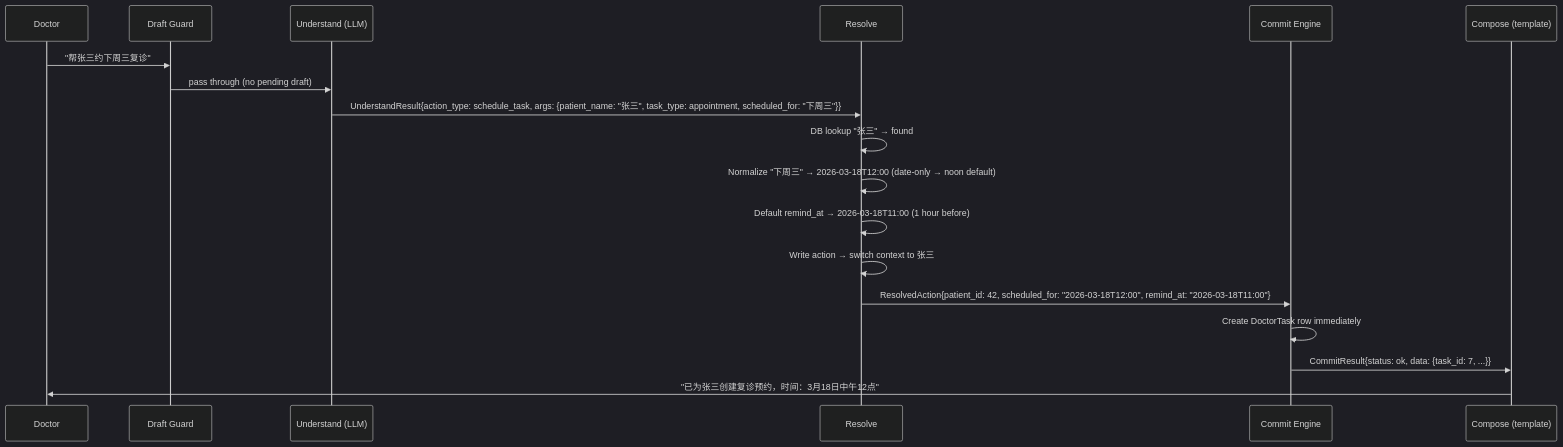
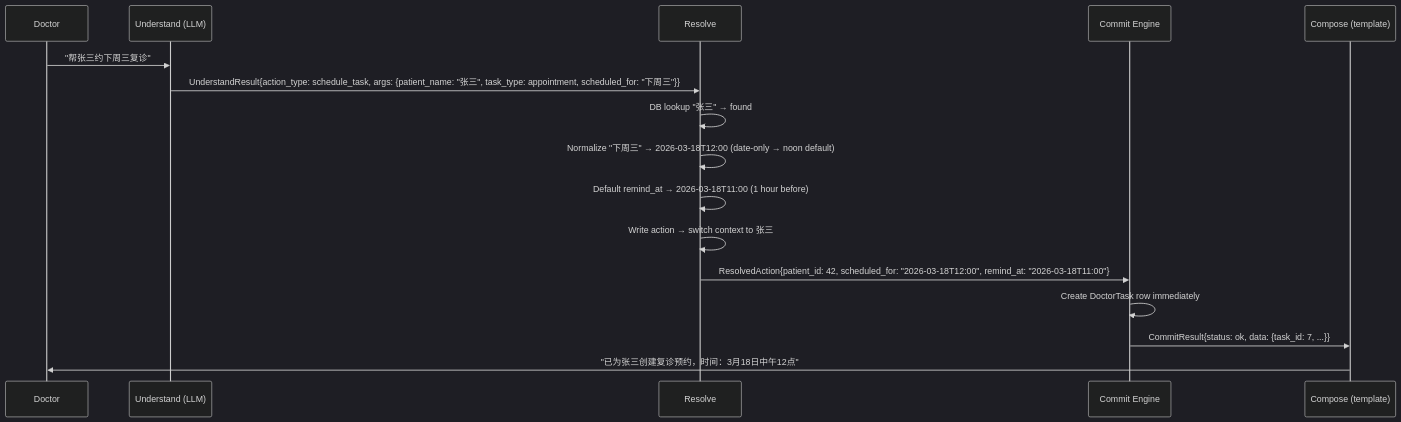
The third of 7 diagrams in docs/adr/0012-architecture-diagram.md (moments8890/doctor-ai-agent), drawn with Mermaid (dark theme) before and after one commit. The commit also changed other lines of this file and 2 other files, not shown here.

First line of the commit message:
docs: drop draft guard as architectural layer, fold into deterministic handler

````diff
--- a/docs/adr/0012-architecture-diagram.md
+++ b/docs/adr/0012-architecture-diagram.md
@@ -92,21 +83,19 @@
 ```mermaid
 sequenceDiagram
     participant D as Doctor
-    participant DG as Draft Guard
     participant U as Understand (LLM)
     participant R as Resolve
     participant CE as Commit Engine
     participant Co as Compose (template)
 
-    D->>DG: "帮张三约下周三复诊"
-    DG->>U: pass through (no pending draft)
+    D->>U: "帮张三约下周三复诊"
     U->>R: UnderstandResult{action_type: schedule_task, args: {patient_name: "张三", task_type: appointment, scheduled_for: "下周三"}}
     R->>R: DB lookup "张三" → found
     R->>R: Normalize "下周三" → 2026-03-18T12:00 (date-only → noon default)
     R->>R: Default remind_at → 2026-03-18T11:00 (1 hour before)
     R->>R: Write action → switch context to 张三
     R->>CE: ResolvedAction{patient_id: 42, scheduled_for: "2026-03-18T12:00", remind_at: "2026-03-18T11:00"}
     CE->>CE: Create DoctorTask row immediately
     CE->>Co: CommitResult{status: ok, data: {task_id: 7, ...}}
     Co->>D: "已为张三创建复诊预约，时间：3月18日中午12点"
 ```
````
